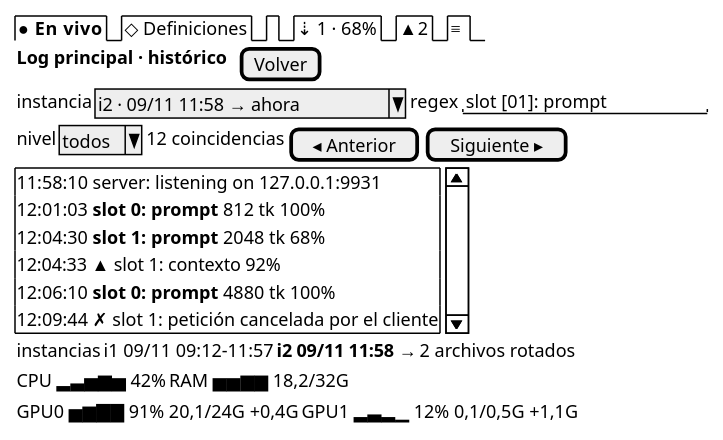
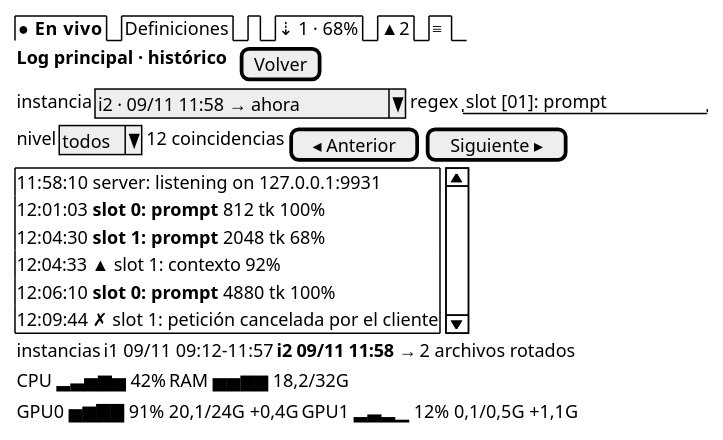
The diagram in docs/design/tui/I-log-historico.salt.puml (mstranich/coquena), drawn with PlantUML before and after one commit. The commit also changed 49 other files, not shown here.

```diff
--- a/docs/design/tui/I-log-historico.salt.puml
+++ b/docs/design/tui/I-log-historico.salt.puml
@@ -1,19 +1,19 @@
 @startsalt
 {
-  {/ <b>● En vivo | ◇ Definiciones | . | ⇣ 1 · 68% | ▲ 2 | ≡ }
+  {/ <b>● En vivo | Definiciones | . | ⇣ 1 · 68% | ▲ 2 | ≡ }
   { <b>Log principal · histórico | . | [Volver] }
   { instancia | ^i2 · 09/11 11:58 → ahora^ | regex | "slot [01]: prompt   " }
   { nivel | ^todos^ | 12 coincidencias | [◂ Anterior] | [Siguiente ▸] }
   {SI
     11:58:10 server: listening on 127.0.0.1:9931
     12:01:03 <b>slot 0: prompt</b> 812 tk 100%
     12:04:30 <b>slot 1: prompt</b> 2048 tk 68%
     12:04:33 ▲ slot 1: contexto 92%
     12:06:10 <b>slot 0: prompt</b> 4880 tk 100%
     12:09:44 ✗ slot 1: petición cancelada por el cliente
   }
   { instancias | i1 09/11 09:12–11:57 | <b>i2 09/11 11:58 → | 2 archivos rotados }
   { CPU ▂▃▅▆▅ 42% | RAM ▅▅▆▆ 18,2/32G }
   { GPU0 ▅▆▇▇ 91% 20,1/24G +0,4G | GPU1 ▂▃▂▁ 12% 0,1/0,5G +1,1G }
 }
 @endsalt
```
